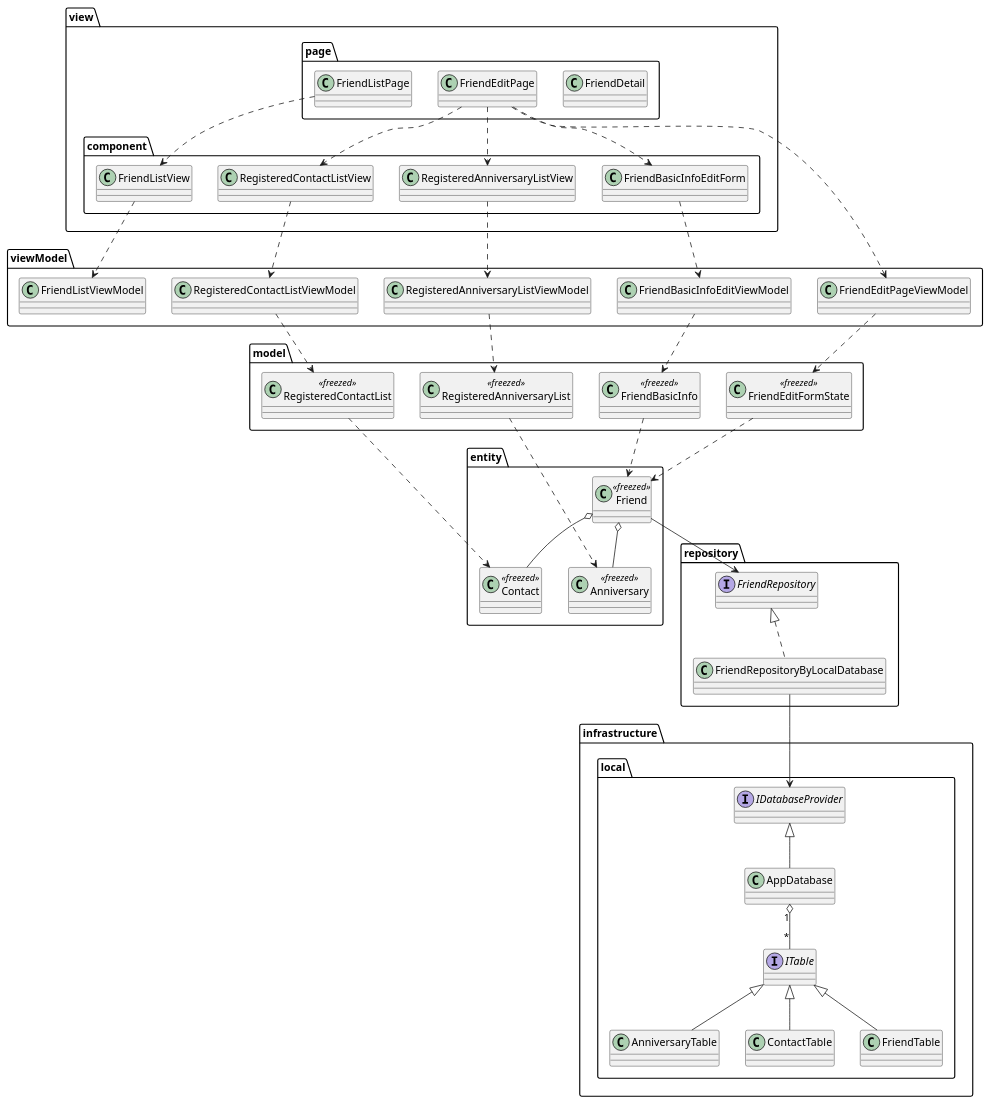
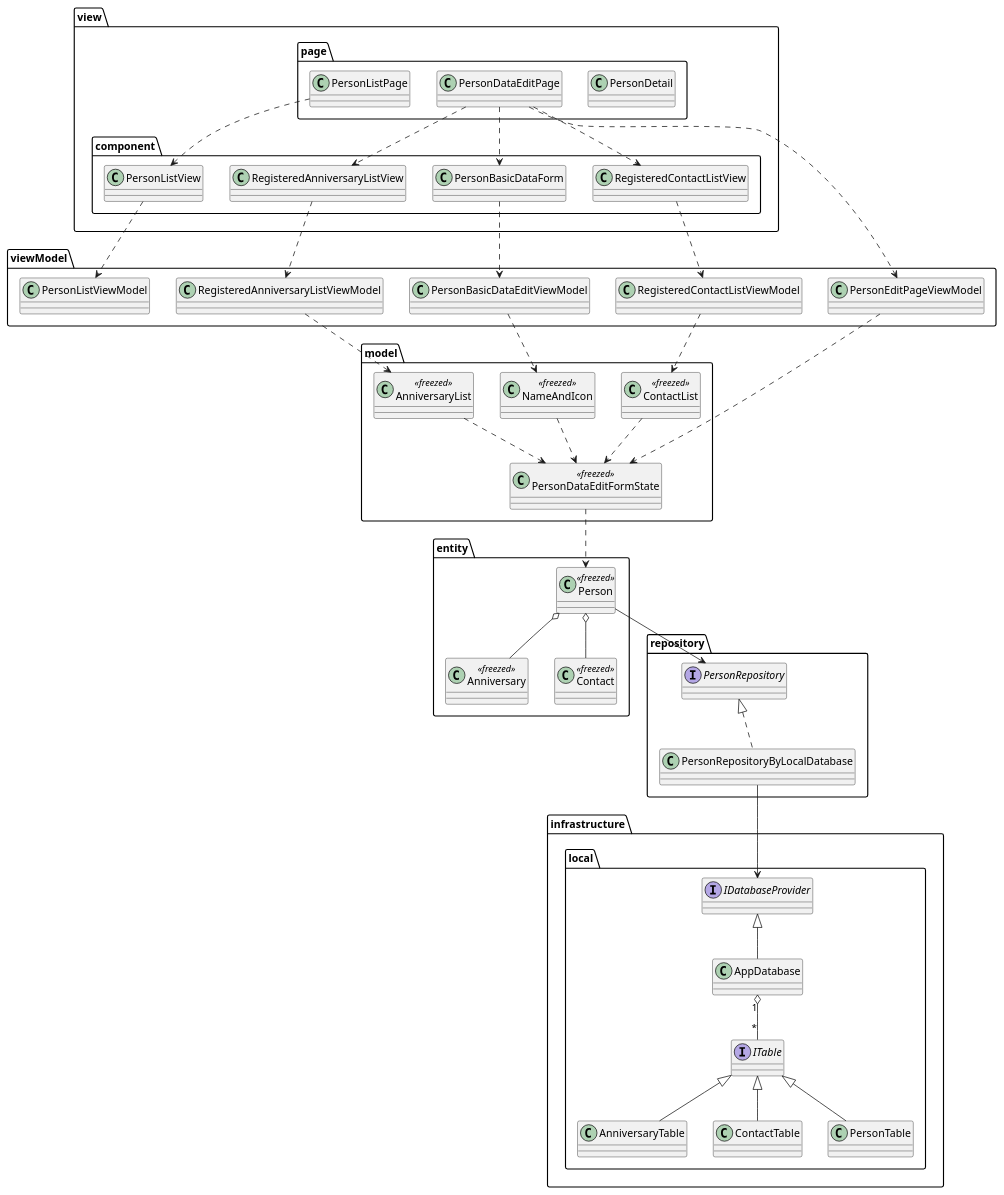
Before and after one commit to nmskm240/friend_list: the diagram in uml/class_diagram.pu, drawn with PlantUML. The commit also changed 66 other files, not shown here.

```diff
--- a/uml/class_diagram.pu
+++ b/uml/class_diagram.pu
@@ -1,93 +1,94 @@
 @startuml
 
 package view {
     package page {
-        class FriendDetail
-        class FriendEditPage
-        class FriendListPage
+        class PersonDetail
+        class PersonDataEditPage
+        class PersonListPage
     }
 
     package component {
-        class FriendListView
-        class FriendBasicInfoEditForm
+        class PersonListView
+        class PersonBasicDataForm
         class RegisteredAnniversaryListView
         class RegisteredContactListView
     }
 }
 
 package viewModel {
-    class FriendListViewModel
-    class FriendEditPageViewModel
-    class FriendBasicInfoEditViewModel
+    class PersonListViewModel
+    class PersonBasicDataEditViewModel
     class RegisteredAnniversaryListViewModel
     class RegisteredContactListViewModel
+    class PersonEditPageViewModel
 }
 
 package model {
-    class FriendBasicInfo<<freezed>>
-    class FriendEditFormState<<freezed>>
-    class RegisteredAnniversaryList<<freezed>>
-    class RegisteredContactList<<freezed>>
+    class PersonDataEditFormState<<freezed>>
+    class NameAndIcon<<freezed>>
+    class AnniversaryList<<freezed>>
+    class ContactList<<freezed>>
 }
 
 
 package repository {
-    interface FriendRepository
-    class FriendRepositoryByLocalDatabase
+    interface PersonRepository
+    class PersonRepositoryByLocalDatabase
 }
 
 package entity {
     class Anniversary<<freezed>>
     class Contact<<freezed>>
-    class Friend<<freezed>>
+    class Person<<freezed>>
 }
 
 package infrastructure {
     package local {
         class AnniversaryTable
         class AppDatabase
         class ContactTable
-        class FriendTable
+        class PersonTable
         interface IDatabaseProvider
         interface ITable
     }
 }
 
-FriendListView ..> FriendListViewModel
+PersonListView ..> PersonListViewModel
 
-FriendListPage ..> FriendListView
-FriendEditPage ..> FriendBasicInfoEditForm
-FriendEditPage ..> RegisteredAnniversaryListView
-FriendEditPage ..> RegisteredContactListView
+PersonListPage ..> PersonListView
+PersonDataEditPage ..> PersonBasicDataForm
+PersonDataEditPage ..> RegisteredAnniversaryListView
+PersonDataEditPage ..> RegisteredContactListView
 
-FriendEditPage ..> FriendEditPageViewModel
-FriendBasicInfoEditForm ..> FriendBasicInfoEditViewModel
+PersonDataEditPage ..> PersonEditPageViewModel
+PersonBasicDataForm ..> PersonBasicDataEditViewModel
 RegisteredAnniversaryListView ..> RegisteredAnniversaryListViewModel
 RegisteredContactListView ..> RegisteredContactListViewModel
 
-FriendEditPageViewModel ..> FriendEditFormState
-FriendBasicInfoEditViewModel ..> FriendBasicInfo
-RegisteredAnniversaryListViewModel ..> RegisteredAnniversaryList
-RegisteredContactListViewModel ..> RegisteredContactList
+PersonEditPageViewModel ..> PersonDataEditFormState
+PersonBasicDataEditViewModel ..> NameAndIcon
+RegisteredAnniversaryListViewModel ..> AnniversaryList
+RegisteredContactListViewModel ..> ContactList
 
-FriendBasicInfo ..> Friend
-RegisteredAnniversaryList ..> Anniversary
-RegisteredContactList ..> Contact
-FriendEditFormState ..> Friend
+NameAndIcon ..> PersonDataEditFormState
+AnniversaryList ..> PersonDataEditFormState
+ContactList ..> PersonDataEditFormState
 
-Friend o-- Anniversary
-Friend o-- Contact
+PersonDataEditFormState ..> Person
 
-Friend --> FriendRepository
+Person o-- Anniversary
+Person o-- Contact
 
-FriendRepository <|.. FriendRepositoryByLocalDatabase
+Person --> PersonRepository
 
-FriendRepositoryByLocalDatabase --> IDatabaseProvider
+PersonRepository <|.. PersonRepositoryByLocalDatabase
+
+PersonRepositoryByLocalDatabase --> IDatabaseProvider
 
 ITable <|-- AnniversaryTable
 ITable <|-- ContactTable
-ITable <|-- FriendTable
+ITable <|-- PersonTable
 AppDatabase "1" o-- "*" ITable
 IDatabaseProvider <|-- AppDatabase
 
 @enduml
```
